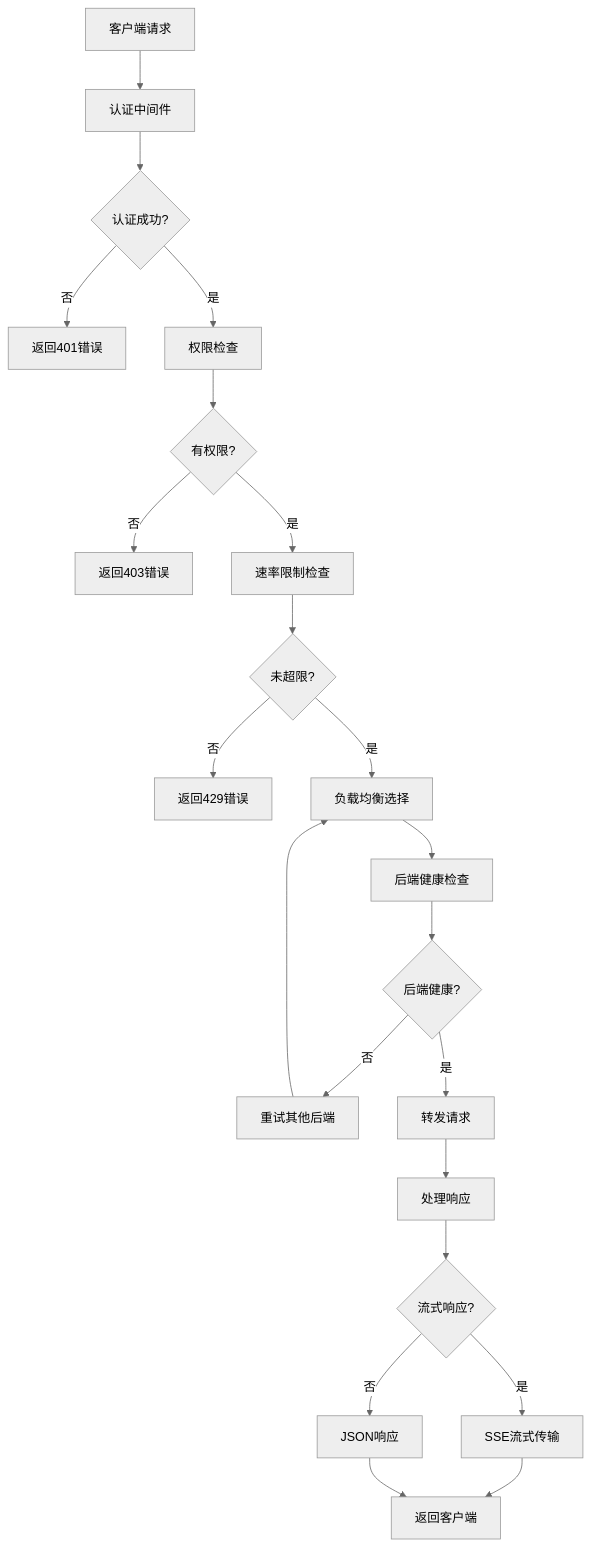
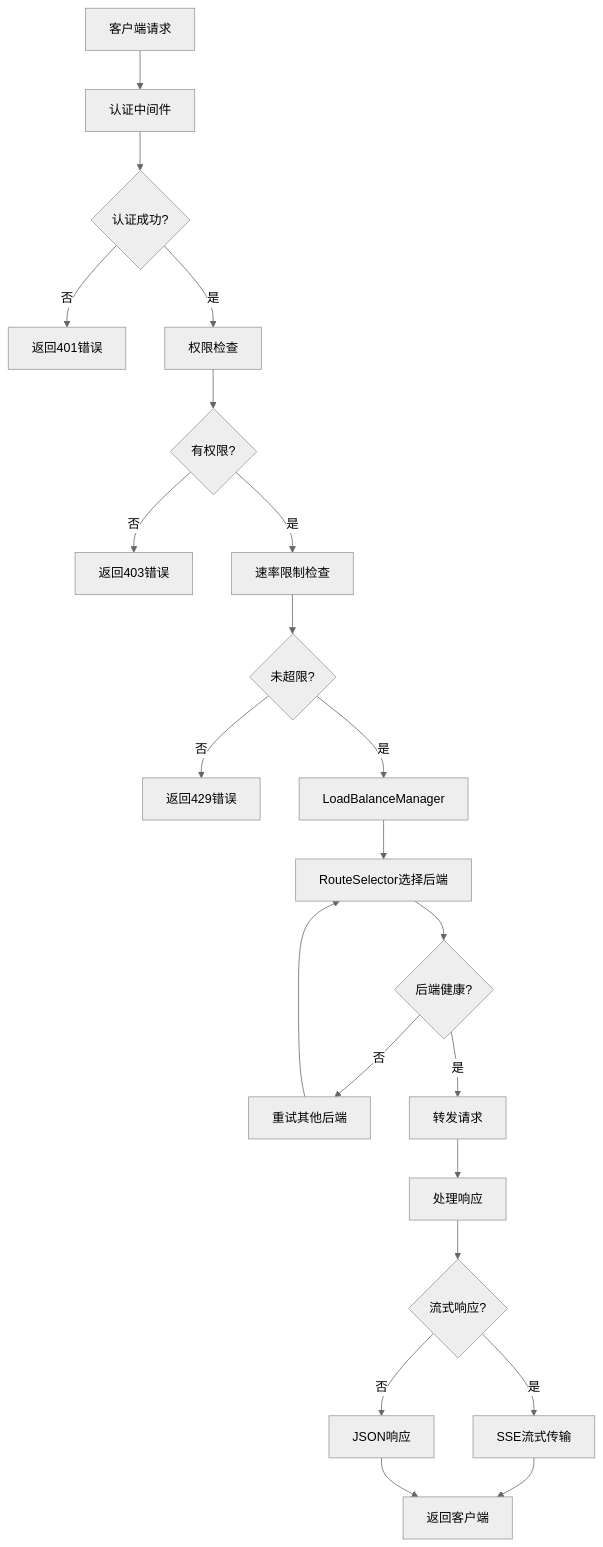
One commit to PPKunOfficial/berry-api changed the diagram in docs/architecture.md. Above: the diagram before and after it, drawn with Mermaid (neutral theme). The commit also changed other lines of this file and 10 other files, not shown here.

````diff
--- a/docs/architecture.md
+++ b/docs/architecture.md
@@ -31,24 +32,24 @@
 ```mermaid
 graph TD
     A[客户端请求] --> B[认证中间件]
     B --> C{认证成功?}
     C -->|否| D[返回401错误]
     C -->|是| E[权限检查]
     E --> F{有权限?}
     F -->|否| G[返回403错误]
     F -->|是| H[速率限制检查]
     H --> I{未超限?}
     I -->|否| J[返回429错误]
-    I -->|是| K[负载均衡选择]
-    K --> L[后端健康检查]
+    I -->|是| K[LoadBalanceManager]
+    K --> L[RouteSelector选择后端]
     L --> M{后端健康?}
     M -->|否| N[重试其他后端]
     M -->|是| O[转发请求]
     O --> P[处理响应]
     P --> Q{流式响应?}
     Q -->|是| R[SSE流式传输]
     Q -->|否| S[JSON响应]
     R --> T[返回客户端]
     S --> T
-    N --> K
+    N --> L
 ```
````
